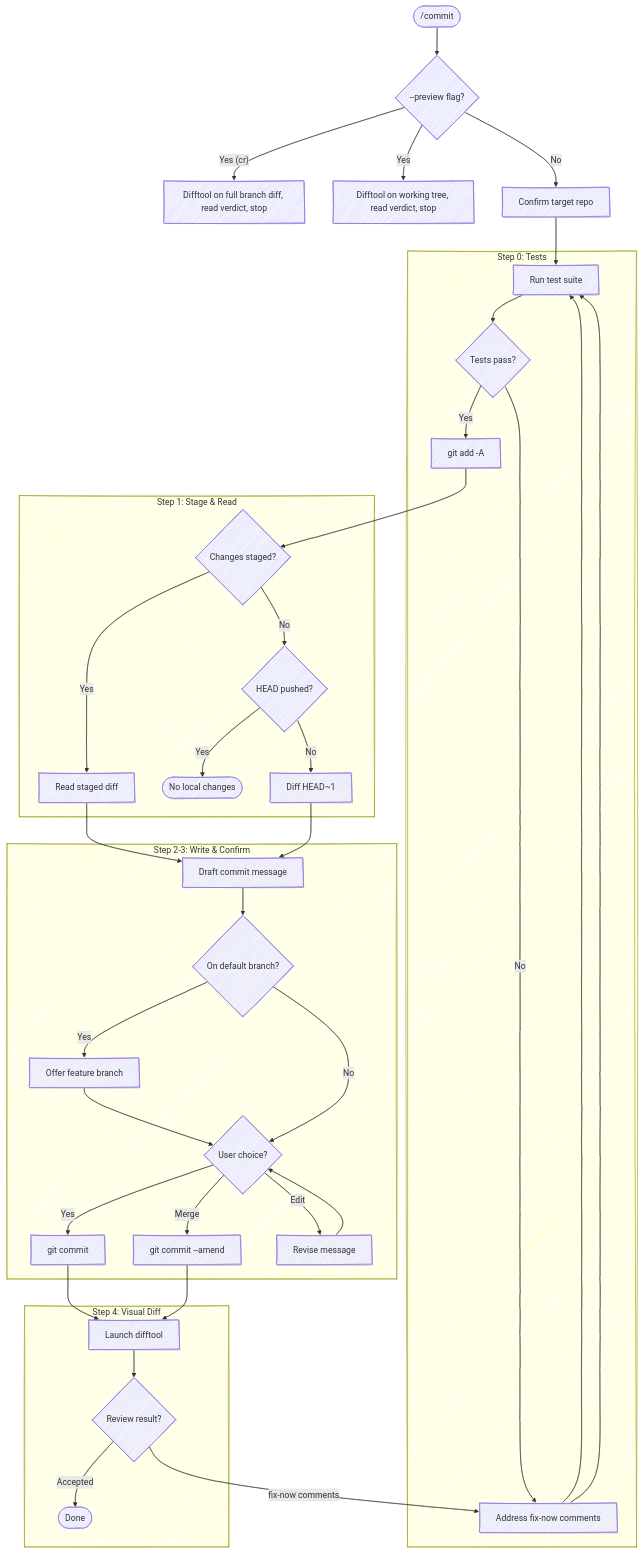
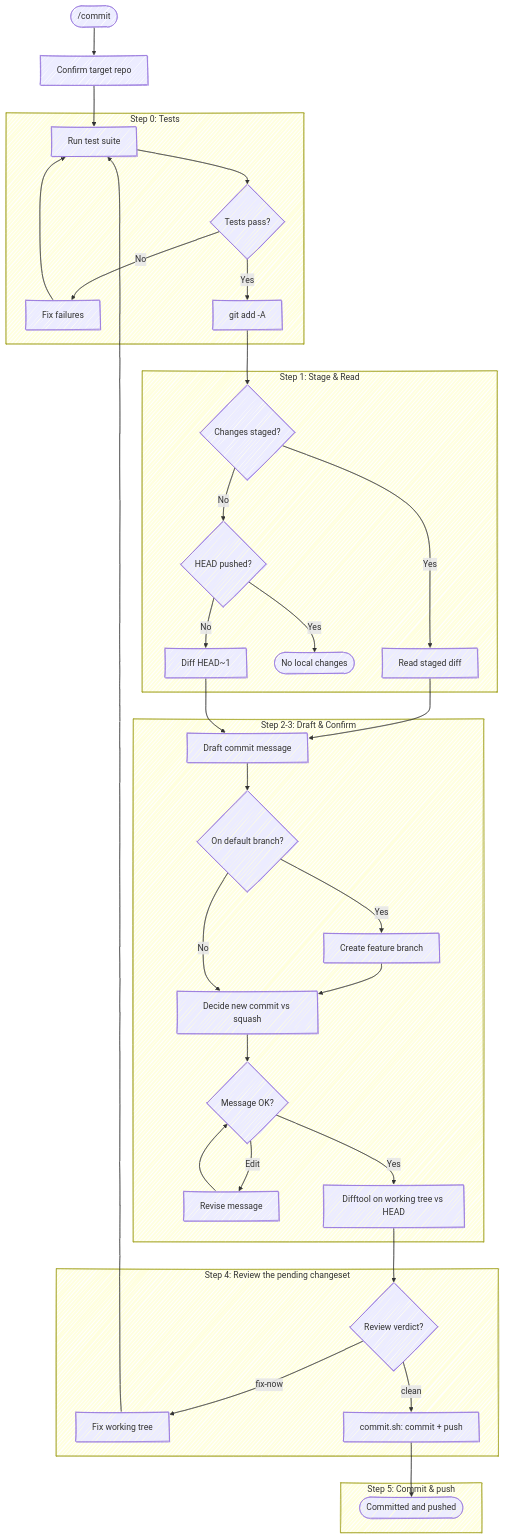
One commit to chris-peterson/anchor changed the diagram in skills/commit/SKILL.md. Above: the diagram before and after it, drawn with Mermaid. The commit also changed other lines of this file and 21 other files, not shown here.

````diff
--- a/skills/commit/SKILL.md
+++ b/skills/commit/SKILL.md
@@ -12,41 +14,40 @@
 ```mermaid
 %%{ init: { 'look': 'handDrawn' } }%%
 flowchart TD
-    Start(["/commit"]) --> Preview{"--preview flag?"}
-    Preview -->|"Yes (cr)"| PreviewFull["Difftool on full branch diff, read verdict, stop"]
-    Preview -->|Yes| PreviewDiff["Difftool on working tree, read verdict, stop"]
-    Preview -->|No| Repo["Confirm target repo"] --> Tests
+    Start(["/commit"]) --> Repo["Confirm target repo"] --> Tests
 
     subgraph "Step 0: Tests"
         Tests["Run test suite"] --> TestResult{Tests pass?}
-        TestResult -->|No| Fix["Fix failures"] --> Tests
+        TestResult -->|No| FixTests["Fix failures"] --> Tests
         TestResult -->|Yes| Stage
     end
 
     subgraph "Step 1: Stage & Read"
         Stage["git add -A"] --> Staged{Changes staged?}
         Staged -->|Yes| ReadDiff["Read staged diff"]
         Staged -->|No| CheckHead{HEAD pushed?}
         CheckHead -->|Yes| Stop([No local changes])
         CheckHead -->|No| ReadHead["Diff HEAD~1"]
     end
 
-    subgraph "Step 2-3: Write & Confirm"
+    subgraph "Step 2-3: Draft & Confirm"
         ReadDiff --> Draft["Draft commit message"]
         ReadHead --> Draft
         Draft --> OnDefault{On default branch?}
-        OnDefault -->|Yes| Branch["Offer feature branch"] --> Confirm
-        OnDefault -->|No| Confirm{User choice?}
-        Confirm -->|Yes| Commit["git commit"]
-        Confirm -->|Merge| Amend["git commit --amend"]
+        OnDefault -->|Yes| Branch["Create feature branch"] --> Shape
+        OnDefault -->|No| Shape["Decide new commit vs squash"]
+        Shape --> Confirm{Message OK?}
         Confirm -->|Edit| Revise["Revise message"] --> Confirm
+        Confirm -->|Yes| ReviewStep
     end
 
-    subgraph "Step 4: Visual Diff"
-        Commit --> DiffTool["Launch difftool"]
-        Amend --> DiffTool
-        DiffTool --> Review{Review result?}
-        Review -->|Accepted| Done([Done])
-        Review -->|fix-now comments| Fix["Address fix-now comments"] --> Tests
+    subgraph "Step 4: Review the pending changeset"
+        ReviewStep["Difftool on working tree vs HEAD"] --> Review{Review verdict?}
+        Review -->|fix-now| FixReview["Fix working tree"] --> Tests
+        Review -->|clean| CommitPush
+    end
+
+    subgraph "Step 5: Commit & push"
+        CommitPush["commit.sh: commit + push"] --> Done([Committed and pushed])
     end
 ```
````
